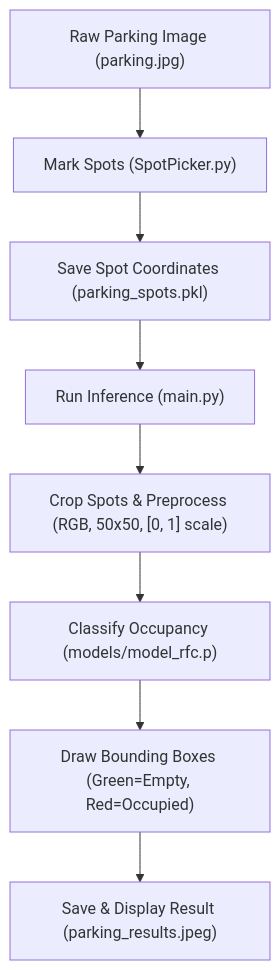
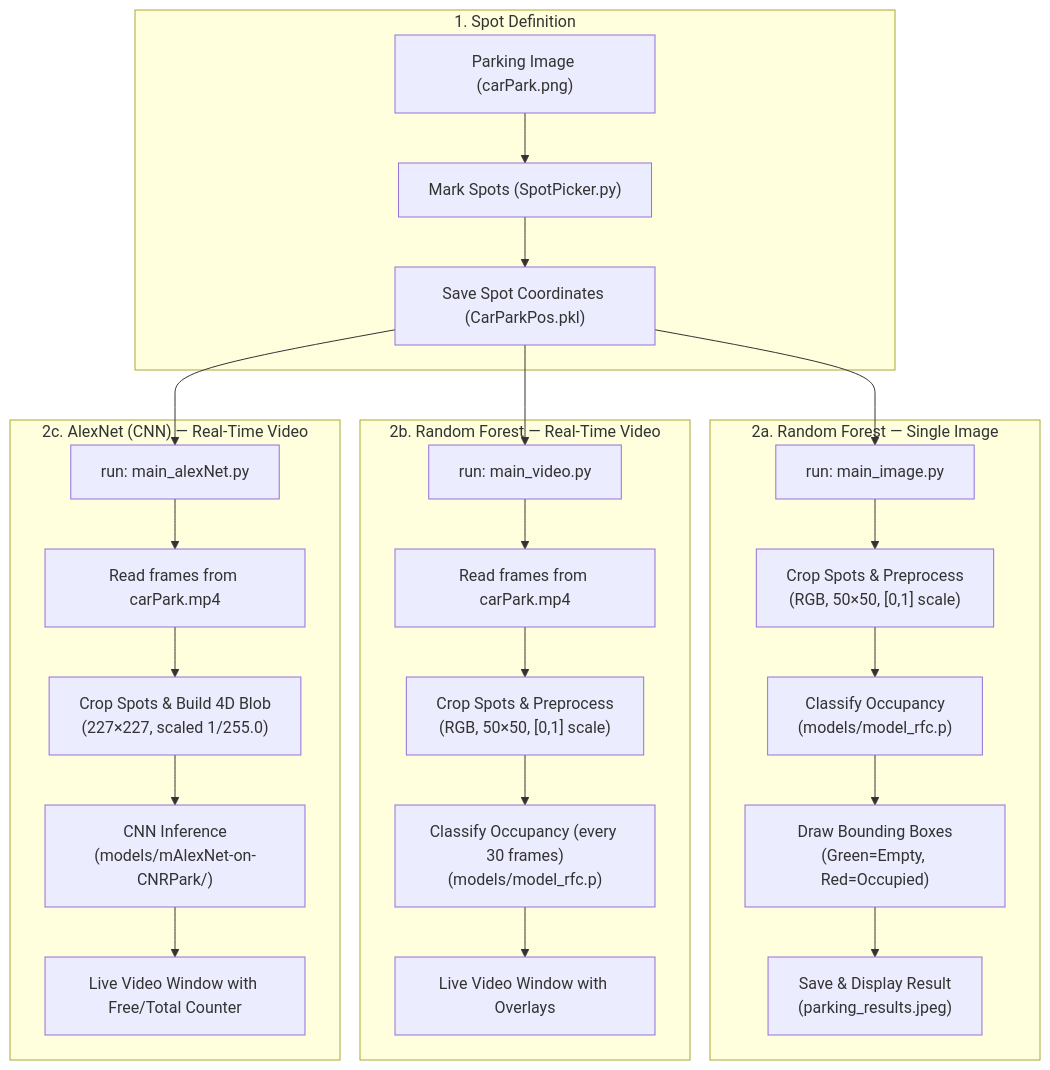
Before and after one commit to Wissem-Sahli-Engineer/Smart_Parking_Space_CV: the diagram in README.md, drawn with Mermaid. The commit also changed other lines of this file, not shown here.

````diff
--- a/README.md
+++ b/README.md
@@ -26,10 +33,31 @@
 ```mermaid
 graph TD
-    A["Raw Parking Image (parking.jpg)"] --> B["Mark Spots (SpotPicker.py)"]
-    B --> C["Save Spot Coordinates (parking_spots.pkl)"]
-    C --> D["Run Inference (main.py)"]
-    D --> E["Crop Spots & Preprocess (RGB, 50x50, [0, 1] scale)"]
-    E --> F["Classify Occupancy (models/model_rfc.p)"]
-    F --> G["Draw Bounding Boxes (Green=Empty, Red=Occupied)"]
-    G --> H["Save & Display Result (parking_results.jpeg)"]
+    subgraph "1. Spot Definition"
+        A["Parking Image (carPark.png)"] --> B["Mark Spots (SpotPicker.py)"]
+        B --> C["Save Spot Coordinates (CarParkPos.pkl)"]
+    end
+
+    subgraph "2a. Random Forest — Single Image"
+        C --> D["run: main_image.py"]
+        D --> E["Crop Spots & Preprocess<br/>(RGB, 50×50, [0,1] scale)"]
+        E --> F["Classify Occupancy<br/>(models/model_rfc.p)"]
+        F --> G["Draw Bounding Boxes<br/>(Green=Empty, Red=Occupied)"]
+        G --> H["Save & Display Result<br/>(parking_results.jpeg)"]
+    end
+
+    subgraph "2b. Random Forest — Real-Time Video"
+        C --> I["run: main_video.py"]
+        I --> J["Read frames from carPark.mp4"]
+        J --> K["Crop Spots & Preprocess<br/>(RGB, 50×50, [0,1] scale)"]
+        K --> L["Classify Occupancy (every 30 frames)<br/>(models/model_rfc.p)"]
+        L --> M["Live Video Window with Overlays"]
+    end
+
+    subgraph "2c. AlexNet (CNN) — Real-Time Video"
+        C --> N["run: main_alexNet.py"]
+        N --> O["Read frames from carPark.mp4"]
+        O --> P["Crop Spots & Build 4D Blob<br/>(227×227, scaled 1/255.0)"]
+        P --> Q["CNN Inference<br/>(models/mAlexNet-on-CNRPark/)"]
+        Q --> R["Live Video Window with Free/Total Counter"]
+    end
 ```
````
